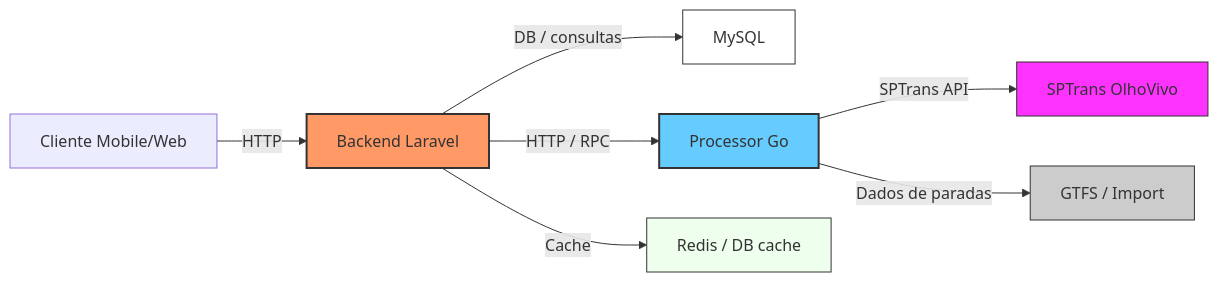
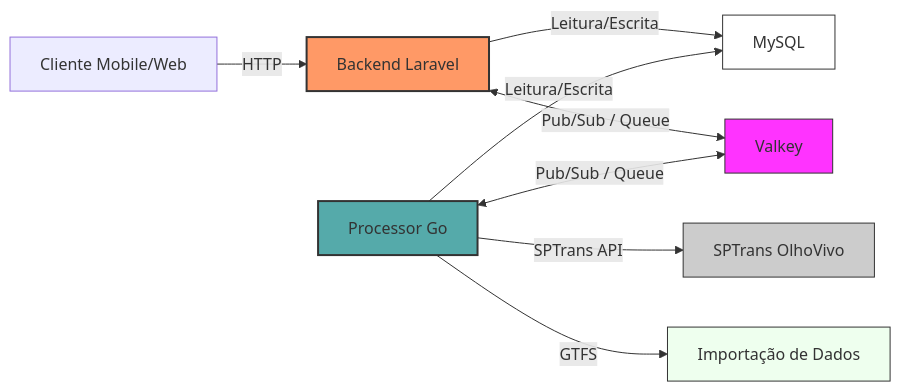
One commit to hltav/mobility_project_backend changed the first of 4 diagrams in README.md. Above: the diagram before and after it, drawn with Mermaid. The commit also changed other lines of this file, not shown here.

````diff
--- a/README.md
+++ b/README.md
@@ -20,15 +20,16 @@
 ```mermaid
 flowchart LR
     A[Cliente Mobile/Web] -->|HTTP| B[Backend Laravel]
-    B -->|DB / consultas| C[MySQL]
-    B -->|HTTP / RPC| D[Processor Go]
-    D -->|SPTrans API| E[SPTrans OlhoVivo]
-    D -->|Dados de paradas| F[GTFS / Import]
-    B -->|Cache| G[Redis / DB cache]
+    B -->|Leitura/Escrita| C[MySQL]
+    D[Processor Go] -->|Leitura/Escrita| C
+    B <--> |Pub/Sub / Queue| E[Valkey]
+    D <--> |Pub/Sub / Queue| E
+    D -->|SPTrans API| F[SPTrans OlhoVivo]
+    D -->|GTFS| G[Importação de Dados]
     style B fill:#f96,stroke:#333,stroke-width:2px
-    style D fill:#6cf,stroke:#333,stroke-width:2px
+    style D fill:#5aa,stroke:#333,stroke-width:2px
     style C fill:#fff,stroke:#333,stroke-width:1px
     style E fill:#f3f,stroke:#333,stroke-width:1px
     style F fill:#ccc,stroke:#333,stroke-width:1px
     style G fill:#efe,stroke:#333,stroke-width:1px
 ```
````
